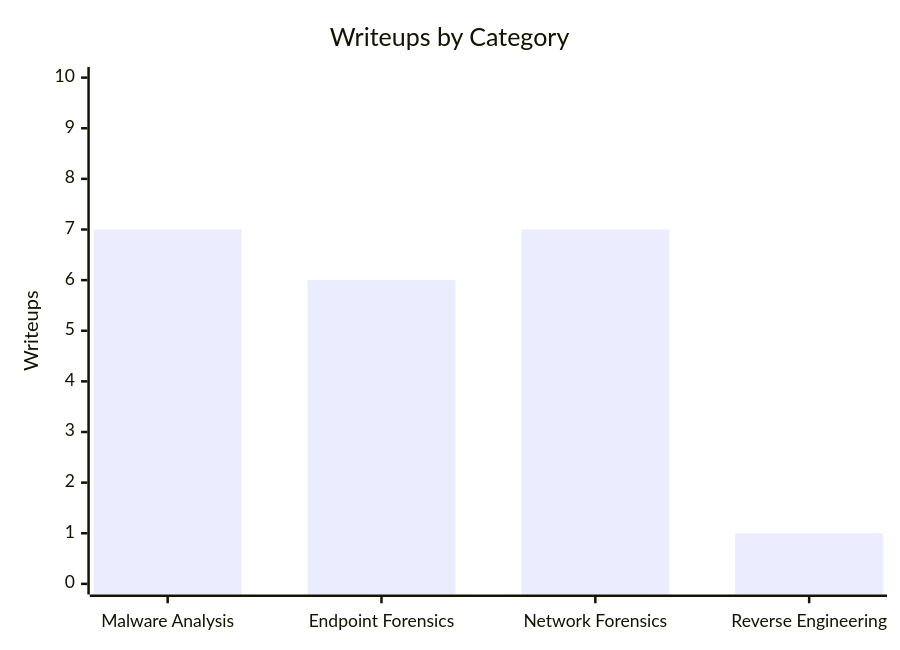
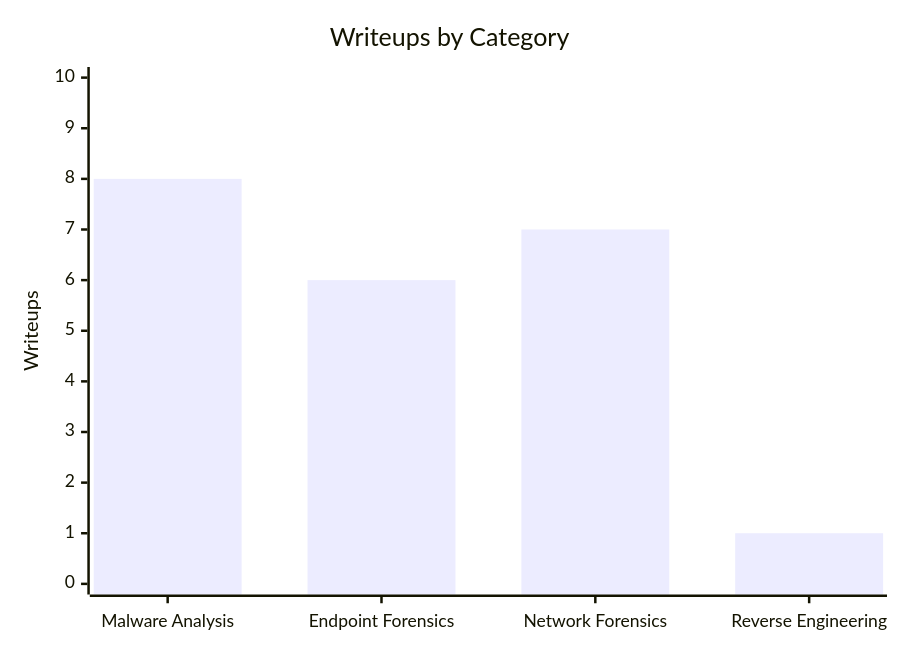
Before and after one commit to FrancisVillalon/cyberdefender-writeups: the diagram in README.md, drawn with Mermaid. The commit also changed other lines of this file and 38 other files, not shown here.

````diff
--- a/README.md
+++ b/README.md
@@ -7,7 +7,7 @@
 ```mermaid
 xychart-beta
     title "Writeups by Category"
     x-axis ["Malware Analysis", "Endpoint Forensics", "Network Forensics", "Reverse Engineering"]
     y-axis "Writeups" 0 --> 10
-    bar [7, 6, 7, 1]
+    bar [8, 6, 7, 1]
 ```
````
